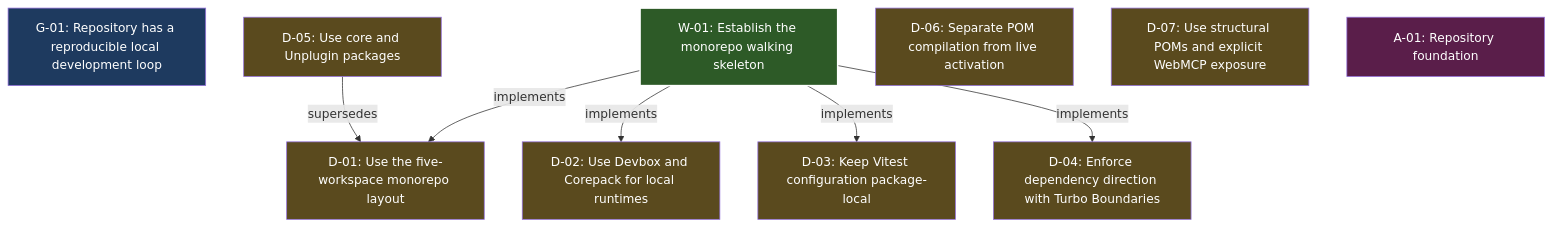
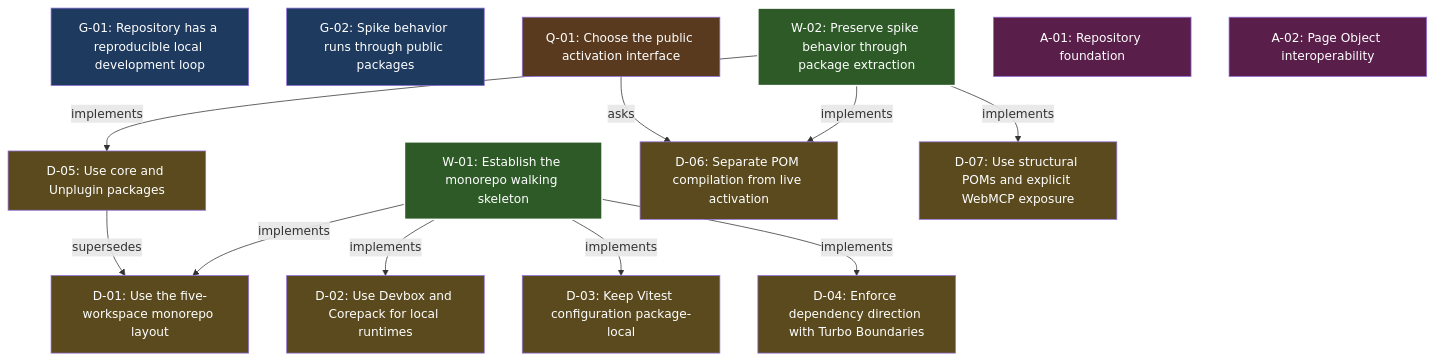
Before and after one commit to ayme-labs/ayme-webmcp: the diagram in .grove/index.md, drawn with Mermaid. The commit also changed other lines of this file and 45 other files, not shown here.

Commit message:
feat: migrate WebMCP spike into packages

````diff
--- a/.grove/index.md
+++ b/.grove/index.md
@@ -46,32 +55,40 @@
 ```mermaid
 graph TD
   G_01["G-01: Repository has a reproducible local development loop"]:::goal
+  G_02["G-02: Spike behavior runs through public packages"]:::goal
   W_01["W-01: Establish the monorepo walking skeleton"]:::done
+  W_02["W-02: Preserve spike behavior through package extraction"]:::done
   D_01["D-01: Use the five-workspace monorepo layout"]:::decision
   D_02["D-02: Use Devbox and Corepack for local runtimes"]:::decision
   D_03["D-03: Keep Vitest configuration package-local"]:::decision
   D_04["D-04: Enforce dependency direction with Turbo Boundaries"]:::decision
   D_05["D-05: Use core and Unplugin packages"]:::decision
   D_06["D-06: Separate POM compilation from live activation"]:::decision
   D_07["D-07: Use structural POMs and explicit WebMCP exposure"]:::decision
+  Q_01["Q-01: Choose the public activation interface"]:::question
   A_01["A-01: Repository foundation"]:::area
+  A_02["A-02: Page Object interoperability"]:::area
   D_05 -->|supersedes| D_01
+  Q_01 -->|asks| D_06
   W_01 -->|implements| D_01
   W_01 -->|implements| D_02
   W_01 -->|implements| D_03
   W_01 -->|implements| D_04
+  W_02 -->|implements| D_05
+  W_02 -->|implements| D_06
+  W_02 -->|implements| D_07
 classDef area fill:#5a1e4a,color:#fff
 classDef goal fill:#1e3a5f,color:#fff
 classDef theme fill:#2a4a3a,color:#fff
 classDef decision fill:#5a4a1e,color:#fff
 classDef question fill:#5a3a1e,color:#fff
 classDef assumption fill:#4a2d5a,color:#fff
 classDef spike fill:#3a3a5a,color:#fff
 classDef feature fill:#1e4a4a,color:#fff
 classDef ready fill:#2d5a27,color:#fff
 classDef progress fill:#3a4a6a,color:#fff,stroke:#fff,stroke-width:2px
 classDef done fill:#2d5a27,color:#fff,stroke:#fff,stroke-width:2px
 classDef rejected fill:#5a5a5a,color:#fff
 classDef discovery fill:#1f4e5f,color:#fff
 classDef critical stroke:#ff0,stroke-width:3px
 ```
````
